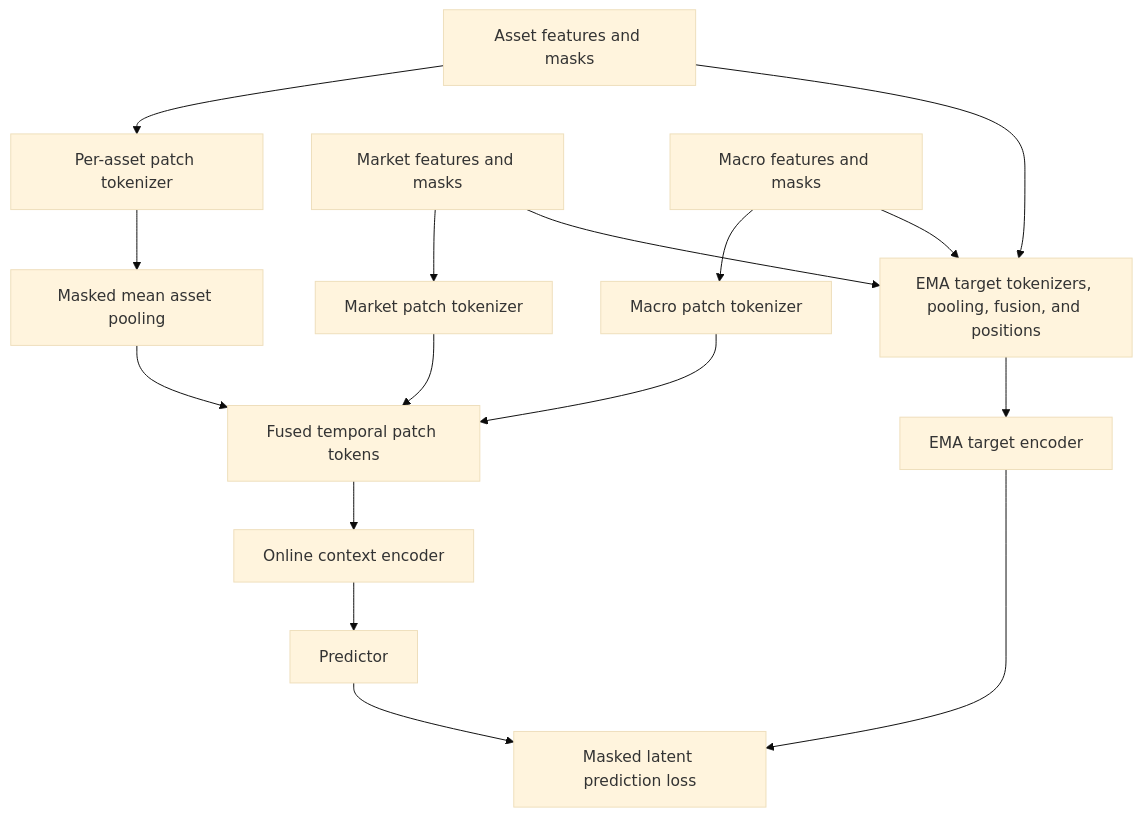
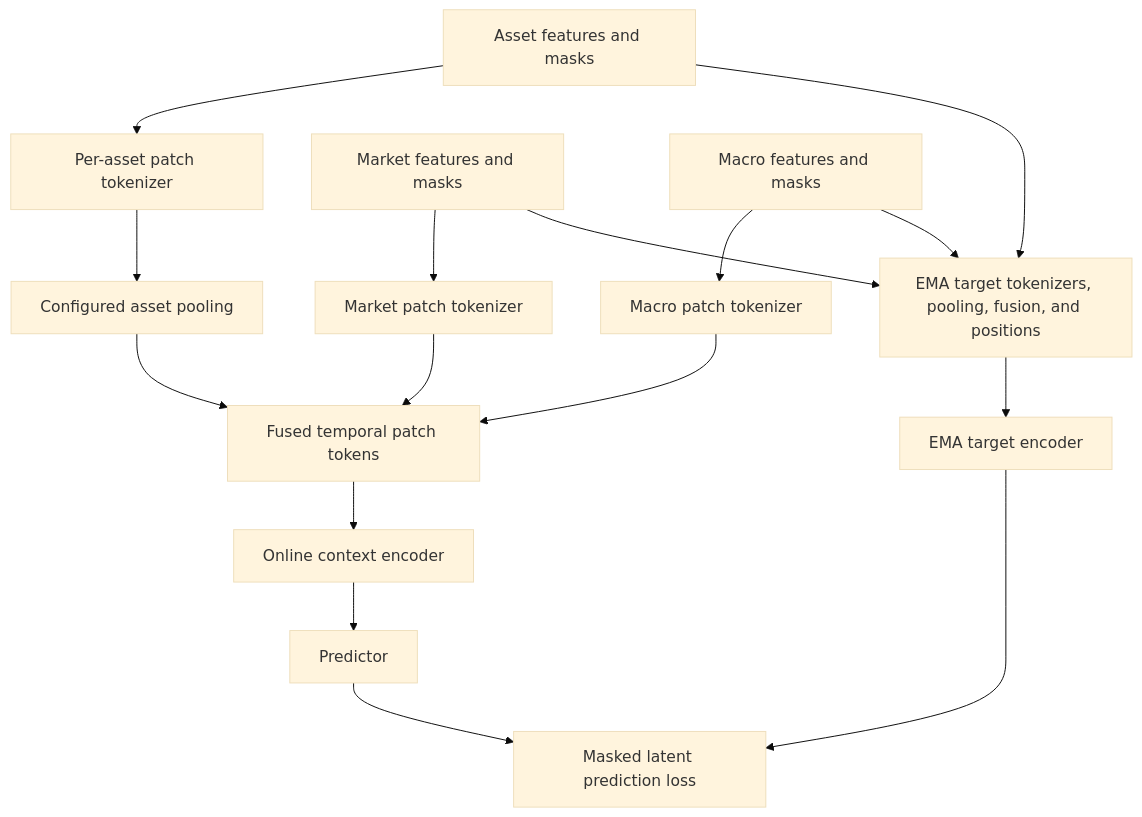
One commit to btatum26/FI-JEPA changed the diagram in README.md. Above: the diagram before and after it, drawn with Mermaid (base theme). The commit also changed other lines of this file and 15 other files, not shown here.

````diff
--- a/README.md
+++ b/README.md
@@ -52,20 +53,20 @@
 ```mermaid
 flowchart TD
     A[Asset features and masks] --> AT[Per-asset patch tokenizer]
     M[Market features and masks] --> MT[Market patch tokenizer]
     X[Macro features and masks] --> XT[Macro patch tokenizer]
 
-    AT --> AP[Masked mean asset pooling]
+    AT --> AP[Configured asset pooling]
     AP --> FU[Fused temporal patch tokens]
     MT --> FU
     XT --> FU
 
     FU --> ON[Online context encoder]
     A --> ETF[EMA target tokenizers, pooling, fusion, and positions]
     M --> ETF
     X --> ETF
     ETF --> EMA[EMA target encoder]
     ON --> PR[Predictor]
     PR --> LOSS[Masked latent prediction loss]
     EMA --> LOSS
 ```
````
